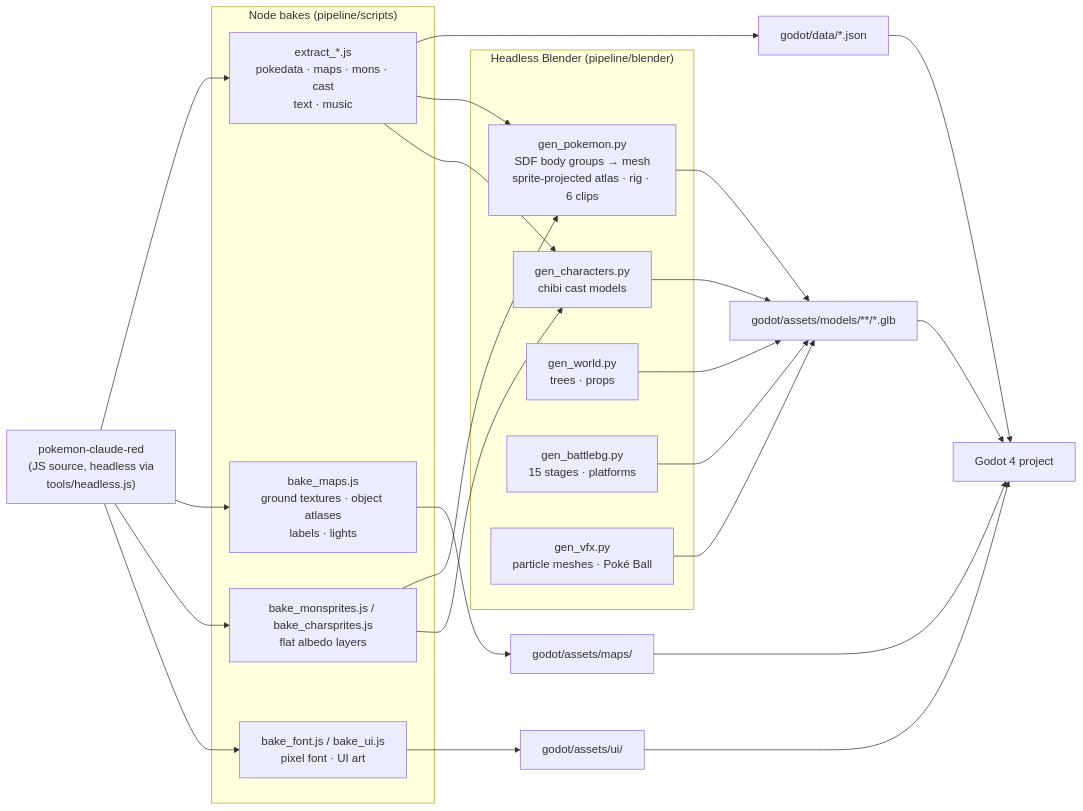
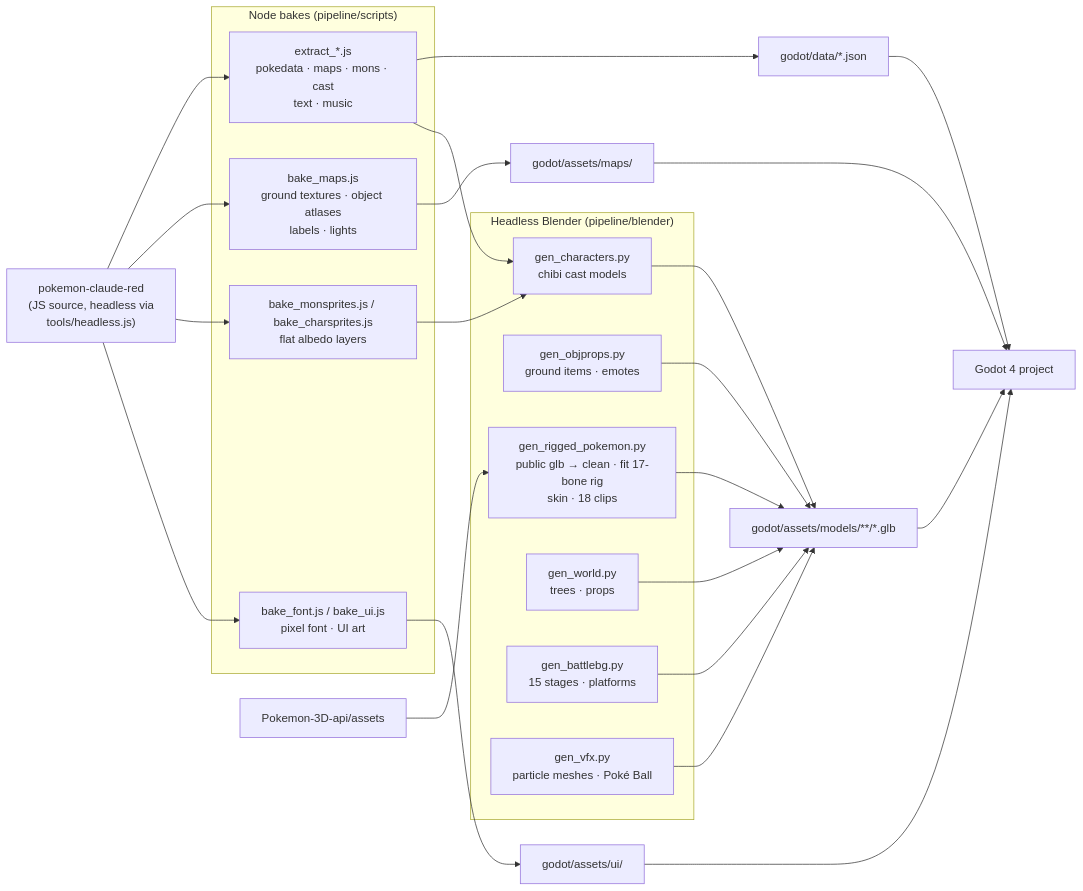
Before and after one commit to jgyy/redgodot: diagram 14 of 15 in README.md, drawn with Mermaid. The commit also changed other lines of this file and 1149 other files, not shown here.

````diff
--- a/README.md
+++ b/README.md
@@ -307,25 +557,27 @@
 ```mermaid
 flowchart LR
     UP["pokemon-claude-red\n(JS source, headless via\ntools/headless.js)"]
     subgraph Node["Node bakes (pipeline/scripts)"]
         EX["extract_*.js\npokedata · maps · mons · cast\ntext · music"]
         BM["bake_maps.js\nground textures · object atlases\nlabels · lights"]
         BS["bake_monsprites.js / bake_charsprites.js\nflat albedo layers"]
         BF["bake_font.js / bake_ui.js\npixel font · UI art"]
     end
     subgraph Blender["Headless Blender (pipeline/blender)"]
-        GP["gen_pokemon.py\nSDF body groups → mesh\nsprite-projected atlas · rig · 6 clips"]
+        GP["gen_rigged_pokemon.py\npublic glb → clean · fit 17-bone rig\nskin · 18 clips"]
+        GO["gen_objprops.py\nground items · emotes"]
         GC["gen_characters.py\nchibi cast models"]
         GW["gen_world.py\ntrees · props"]
         GB["gen_battlebg.py\n15 stages · platforms"]
         GV["gen_vfx.py\nparticle meshes · Poké Ball"]
     end
     UP --> EX & BM & BS & BF
     EX --> DATA["godot/data/*.json"]
-    BS --> GP & GC
-    EX --> GP & GC
+    BS --> GC
+    EX --> GC
+    PUB["Pokemon-3D-api/assets"] --> GP
     BM --> MAPS["godot/assets/maps/"]
-    GP & GC & GW & GB & GV --> GLB["godot/assets/models/**/*.glb"]
+    GP & GO & GC & GW & GB & GV --> GLB["godot/assets/models/**/*.glb"]
     BF --> UIA["godot/assets/ui/"]
     DATA & MAPS & GLB & UIA --> GODOT["Godot 4 project"]
 ```
````
